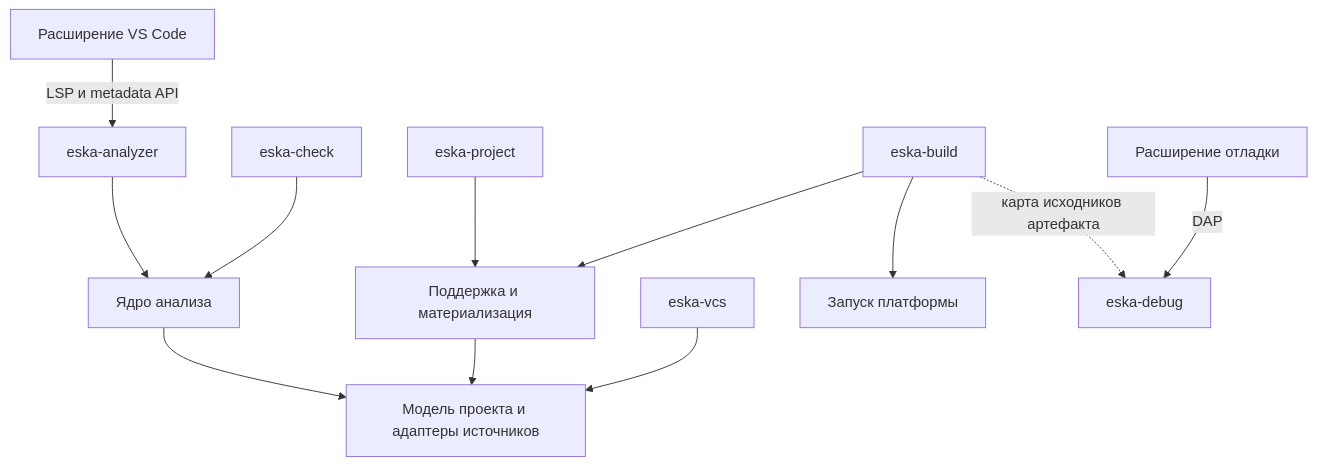
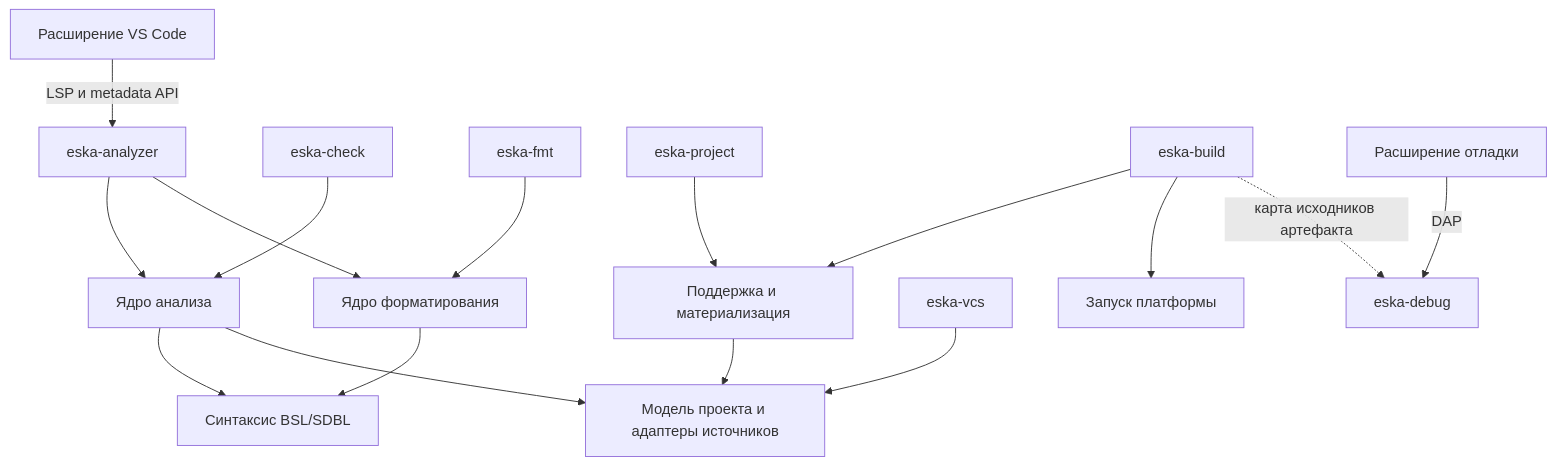
Before and after one commit to 1c-tooling/eska: the diagram in docs/tool-boundaries.md, drawn with Mermaid. The commit also changed other lines of this file and 4 other files, not shown here.

````diff
--- a/docs/tool-boundaries.md
+++ b/docs/tool-boundaries.md
@@ -47,14 +50,18 @@
 ```mermaid
 flowchart TD
     Editor[Расширение VS Code] -->|LSP и metadata API| Server[eska-analyzer]
     Server --> Analysis[Ядро анализа]
     Check[eska-check] --> Analysis
+    Analysis --> Syntax[Синтаксис BSL/SDBL]
+    Server --> Formatter[Ядро форматирования]
+    Fmt[eska-fmt] --> Formatter
+    Formatter --> Syntax
     Analysis --> Model[Модель проекта и адаптеры источников]
     Project[eska-project] --> Export[Поддержка и материализация]
     Build[eska-build] --> Export
     Export --> Model
     Vcs[eska-vcs] --> Model
     Build --> Platform[Запуск платформы]
     DebugUI[Расширение отладки] -->|DAP| Debug[eska-debug]
     Build -. карта исходников артефакта .-> Debug
 ```
````
